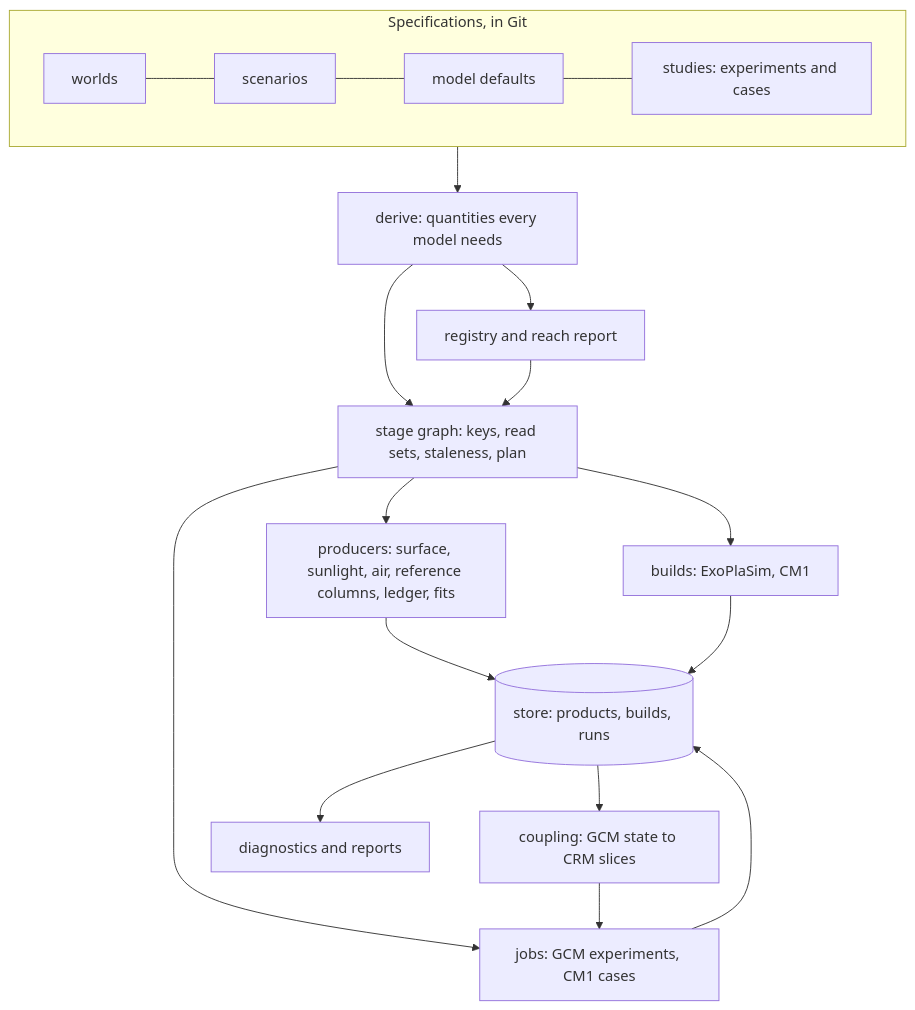
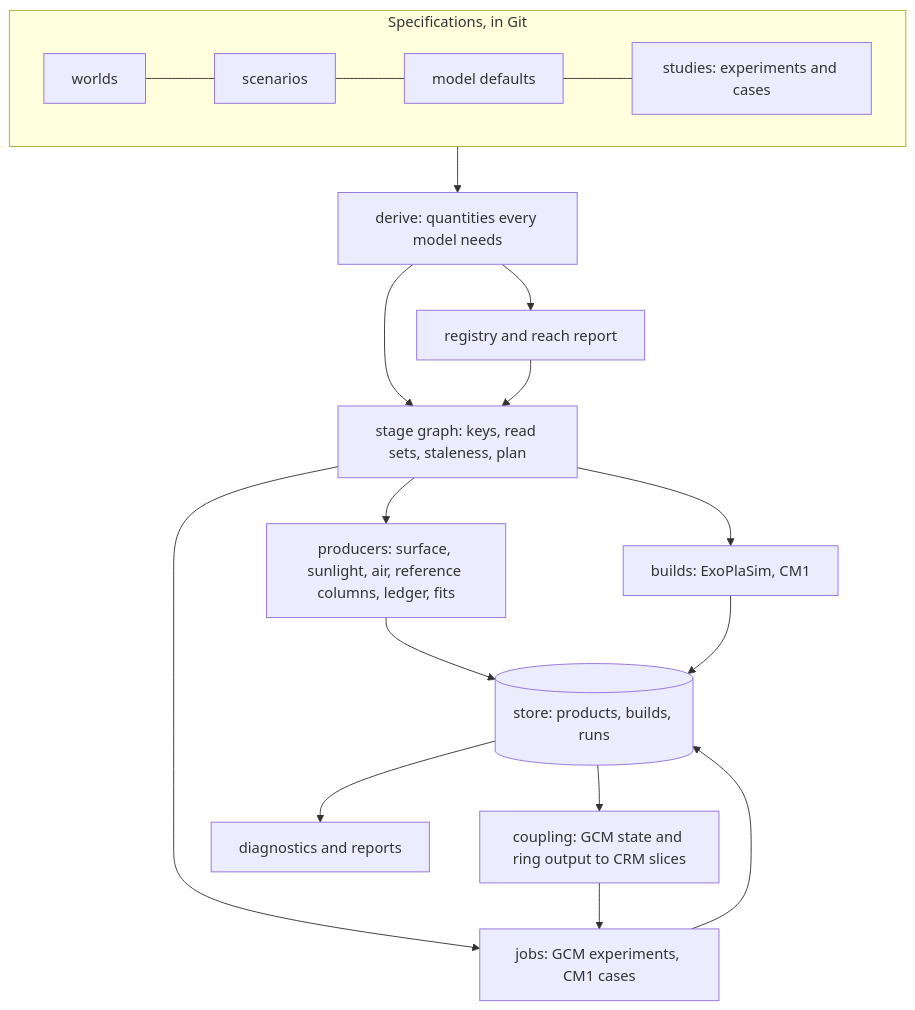
Before and after one commit to dgoldman0/world-crafting: the diagram in lab/design/architecture.md, drawn with Mermaid. The commit also changed other lines of this file and 13 other files, not shown here.

````diff
--- a/lab/design/architecture.md
+++ b/lab/design/architecture.md
@@ -106,19 +117,19 @@
 ```mermaid
 flowchart TB
   subgraph specs [Specifications, in Git]
     W[worlds] --- S[scenarios] --- C[model defaults] --- E[studies: experiments and cases]
   end
   specs --> D[derive: quantities every model needs]
   D --> R[registry and reach report]
   D --> G[stage graph: keys, read sets, staleness, plan]
   R --> G
   G --> P[producers: surface, sunlight, air, reference columns, ledger, fits]
   G --> B[builds: ExoPlaSim, CM1]
   G --> J[jobs: GCM experiments, CM1 cases]
   P --> ST[(store: products, builds, runs)]
   B --> ST
   J --> ST
-  ST --> X[coupling: GCM state to CRM slices]
+  ST --> X[coupling: GCM state and ring output to CRM slices]
   X --> J
   ST --> DG[diagnostics and reports]
 ```
````
